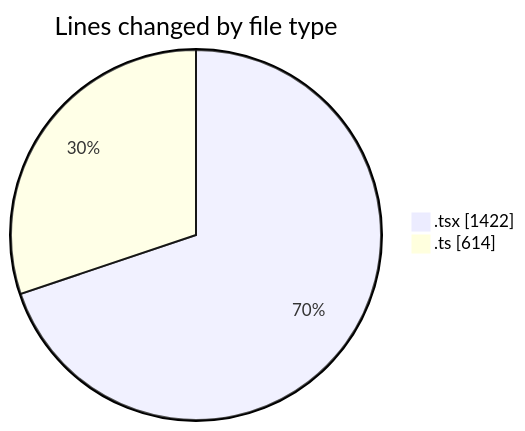
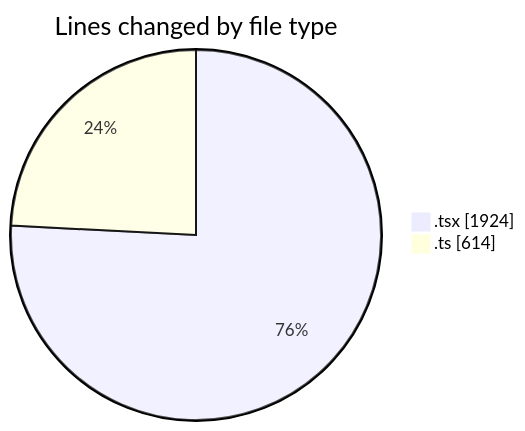
Before and after one commit to nxtqubesakshisongat/code-tracking: the first of 2 diagrams in 2026-05-18/nxtqube_webapp/README.md, drawn with Mermaid. The commit also changed other lines of this file and 1 other file, not shown here.

````diff
--- a/2026-05-18/nxtqube_webapp/README.md
+++ b/2026-05-18/nxtqube_webapp/README.md
@@ -25,6 +26,6 @@
 ```mermaid
 pie showData
 title Lines changed by file type
-".tsx" : 1422
+".tsx" : 1924
 ".ts" : 614
 ```
````
